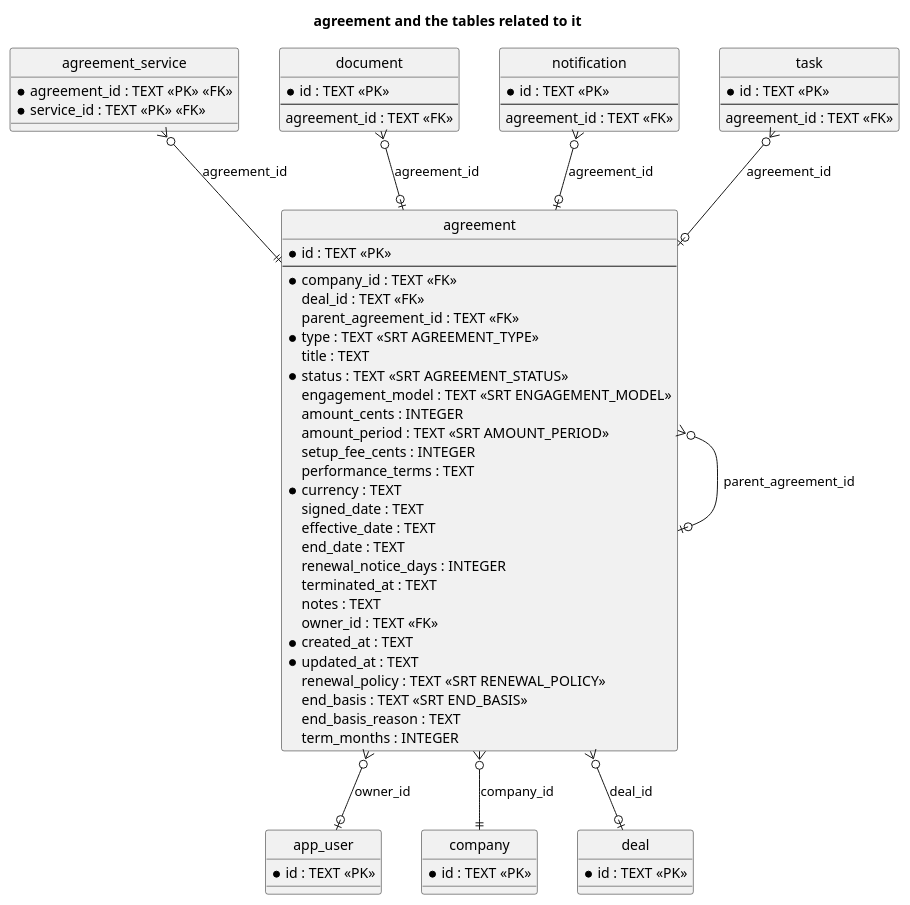
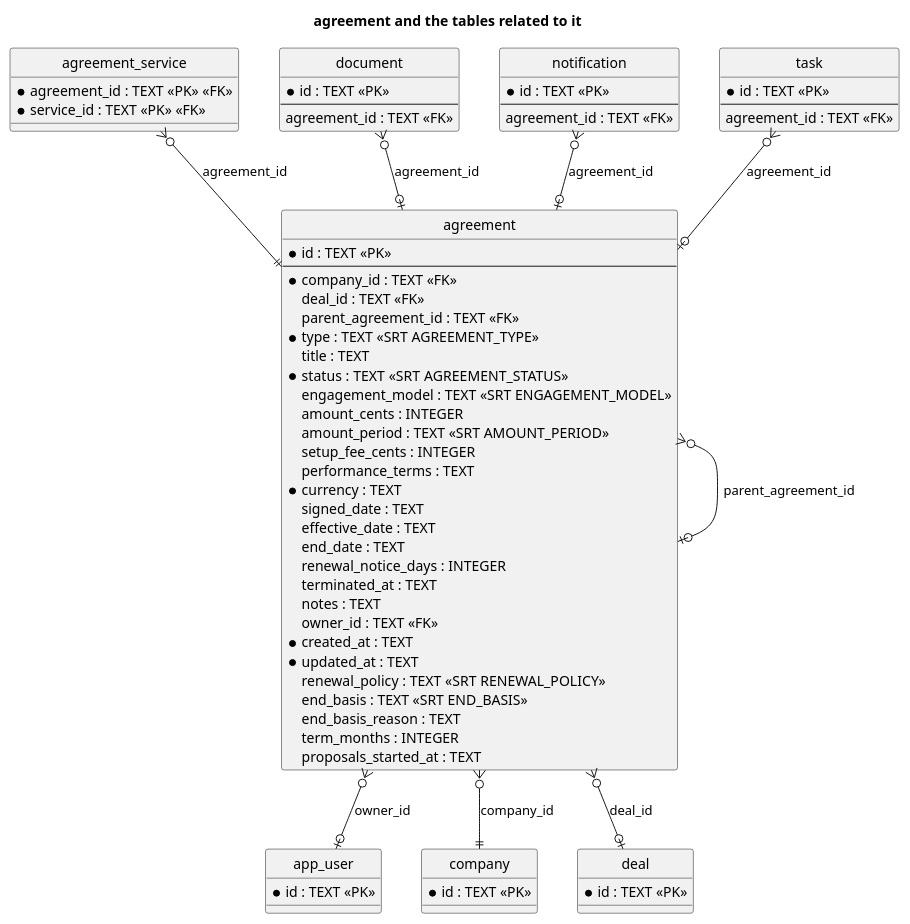
The diagram in doc/uml/erd-agreement.puml (andexor/andexor-carmen-main), drawn with PlantUML before and after one commit. The commit also changed 4 other files, not shown here.

First line of the commit message:
Record when an agreement's proposals job was started. Closes #73

```diff
--- a/doc/uml/erd-agreement.puml
+++ b/doc/uml/erd-agreement.puml
@@ -5,80 +5,81 @@
 @startuml erd-agreement
 title agreement and the tables related to it
 hide circle
 skinparam nodesep 40
 skinparam ranksep 60
 
 entity agreement {
   * id : TEXT <<PK>>
   --
   * company_id : TEXT <<FK>>
     deal_id : TEXT <<FK>>
     parent_agreement_id : TEXT <<FK>>
   * type : TEXT <<SRT AGREEMENT_TYPE>>
     title : TEXT
   * status : TEXT <<SRT AGREEMENT_STATUS>>
     engagement_model : TEXT <<SRT ENGAGEMENT_MODEL>>
     amount_cents : INTEGER
     amount_period : TEXT <<SRT AMOUNT_PERIOD>>
     setup_fee_cents : INTEGER
     performance_terms : TEXT
   * currency : TEXT
     signed_date : TEXT
     effective_date : TEXT
     end_date : TEXT
     renewal_notice_days : INTEGER
     terminated_at : TEXT
     notes : TEXT
     owner_id : TEXT <<FK>>
   * created_at : TEXT
   * updated_at : TEXT
     renewal_policy : TEXT <<SRT RENEWAL_POLICY>>
     end_basis : TEXT <<SRT END_BASIS>>
     end_basis_reason : TEXT
     term_months : INTEGER
+    proposals_started_at : TEXT
 }
 
 entity agreement_service {
   * agreement_id : TEXT <<PK>> <<FK>>
   * service_id : TEXT <<PK>> <<FK>>
 }
 
 entity app_user {
   * id : TEXT <<PK>>
 }
 
 entity company {
   * id : TEXT <<PK>>
 }
 
 entity deal {
   * id : TEXT <<PK>>
 }
 
 entity document {
   * id : TEXT <<PK>>
   --
     agreement_id : TEXT <<FK>>
 }
 
 entity notification {
   * id : TEXT <<PK>>
   --
     agreement_id : TEXT <<FK>>
 }
 
 entity task {
   * id : TEXT <<PK>>
   --
     agreement_id : TEXT <<FK>>
 }
 
 agreement }o--o| app_user : owner_id
 agreement }o--o| agreement : parent_agreement_id
 agreement }o--o| deal : deal_id
 agreement }o--|| company : company_id
 agreement_service }o--|| agreement : agreement_id
 document }o--o| agreement : agreement_id
 notification }o--o| agreement : agreement_id
 task }o--o| agreement : agreement_id
 @enduml
```
